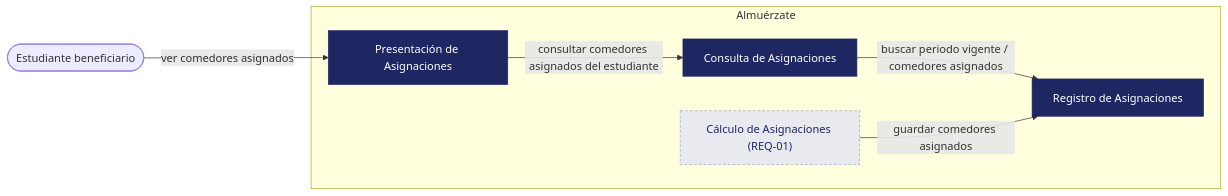
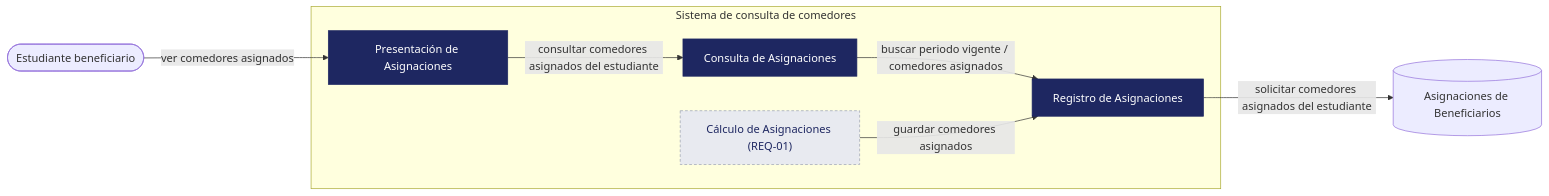
Before and after one commit to alfredoquev/Almuerzate.app: the first of 2 diagrams in docs/requirements/Architectural and Detailed design REQ-10 v1.0.md, drawn with Mermaid.

Commit message:
Components Diagram db correction
Updated the system name in the flowchart and clarified the role of the 'Cálculo de Asignaciones' component.

````diff
--- a/docs/requirements/Architectural and Detailed design REQ-10 v1.0.md
+++ b/docs/requirements/Architectural and Detailed design REQ-10 v1.0.md
@@ -38,20 +38,25 @@
 ```mermaid
+
 flowchart LR
     Est([Estudiante beneficiario])
-    subgraph SYS["Almuérzate"]
+    subgraph SYS["Sistema de consulta de comedores"]
         PA["Presentación de Asignaciones"]
         CA["Consulta de Asignaciones"]
         RA["Registro de Asignaciones"]
         CAL["Cálculo de Asignaciones (REQ-01)"]
     end
+    RA -->|"solicitar comedores asignados del estudiante"| DB[("Asignaciones de Beneficiarios")]
+
  
     Est -->|"ver comedores asignados"| PA
     PA -->|"consultar comedores asignados del estudiante"| CA
     CA -->|"buscar periodo vigente / comedores asignados"| RA
     CAL -->|"guardar comedores asignados"| RA
+    
  
     classDef alcance fill:#1E2761,color:#ffffff,stroke:#1E2761;
     classDef insumo fill:#E8EAF0,color:#1E2761,stroke:#9AA0B4,stroke-dasharray:4 3;
     class PA,CA,RA alcance;
     class CAL insumo;
+
 ```
````
